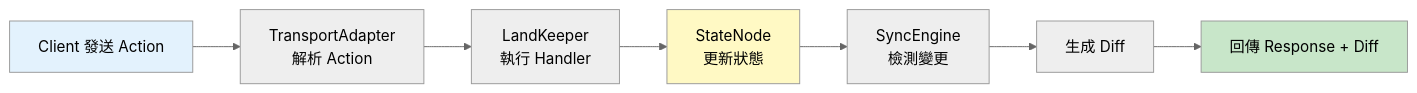
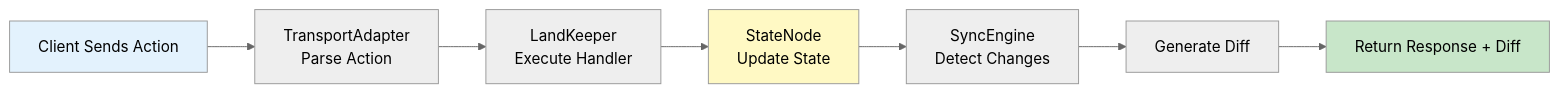
One commit to gmliao/swift-state-tree changed the fourth of 5 diagrams in docs/overview.md. Above: the diagram before and after it, drawn with Mermaid (neutral theme). The commit also changed other lines of this file and 61 other files, not shown here.

````diff
--- a/docs/overview.md
+++ b/docs/overview.md
@@ -120,13 +122,13 @@
 ```mermaid
 graph LR
-    A[Client 發送 Action] --> B[TransportAdapter<br/>解析 Action]
-    B --> C[LandKeeper<br/>執行 Handler]
-    C --> D[StateNode<br/>更新狀態]
-    D --> E[SyncEngine<br/>檢測變更]
-    E --> F[生成 Diff]
-    F --> G[回傳 Response + Diff]
+    A[Client Sends Action] --> B[TransportAdapter<br/>Parse Action]
+    B --> C[LandKeeper<br/>Execute Handler]
+    C --> D[StateNode<br/>Update State]
+    D --> E[SyncEngine<br/>Detect Changes]
+    E --> F[Generate Diff]
+    F --> G[Return Response + Diff]
     
     style A fill:#e3f2fd
     style D fill:#fff9c4
     style G fill:#c8e6c9
 ```
````
